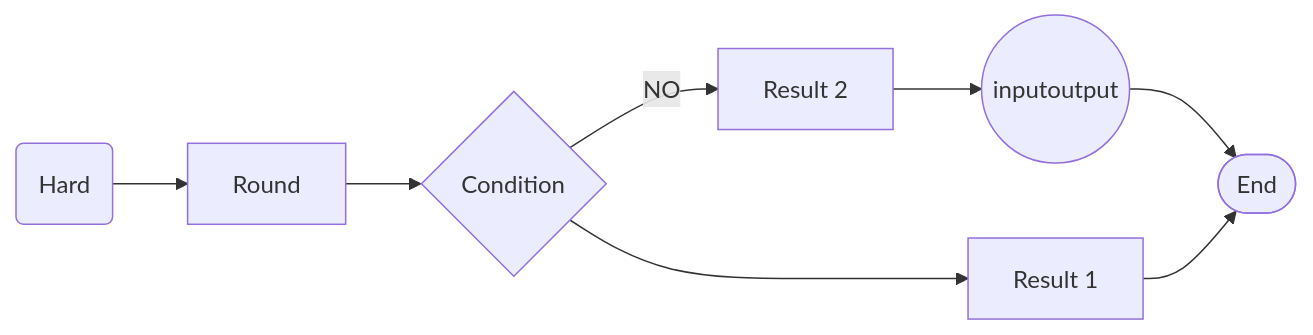
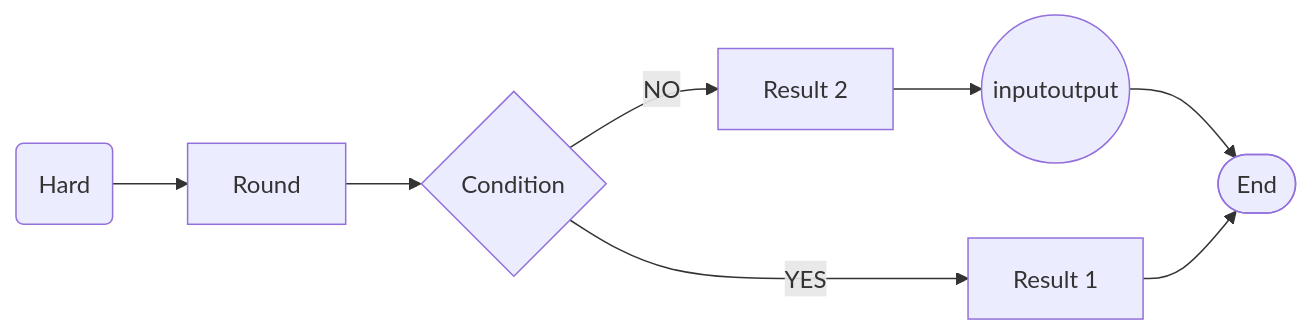
The diagram in Assets/Mermaid.md (comedyy/UnityFlowMd), drawn with Mermaid before and after one commit. The commit also changed 10 other files, not shown here.

````diff
--- a/Assets/Mermaid.md
+++ b/Assets/Mermaid.md
@@ -1,14 +1,14 @@
 ```mermaid
 flowchart LR
 A!(Hard)
 B[Round]
 C{Condition}
 H((inputoutput))
 D[Result 1]
 E[Result 2]
 G([End])
 
-A! --> B --> C --> D
+A! --> B --> C -->|YES|D
 C -->|NO| E-->H-->G
 D -->G
 ```
````
